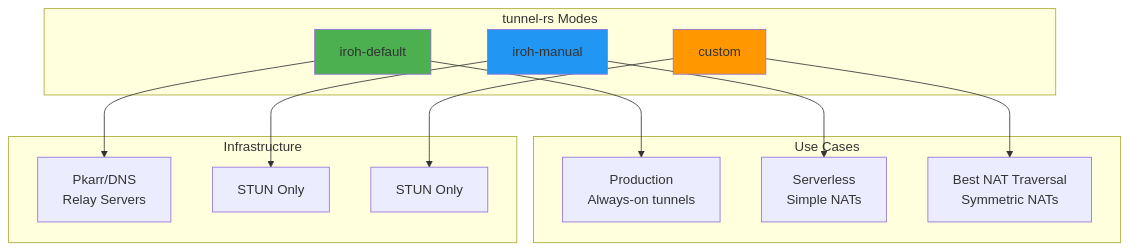
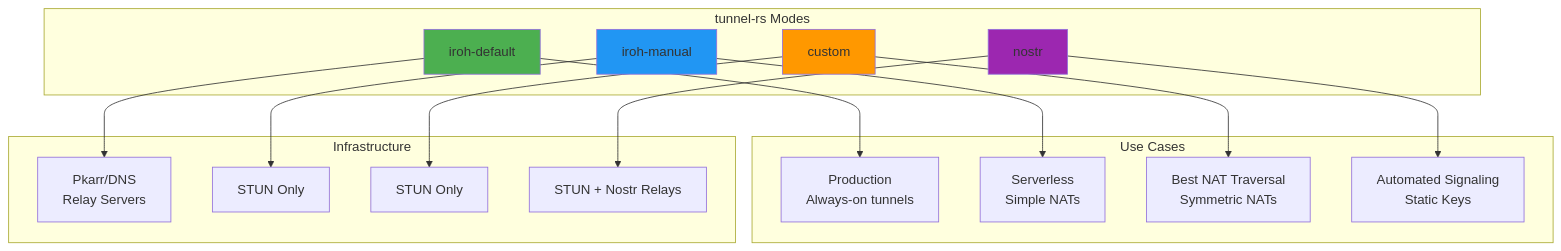
Before and after one commit to andrewtheguy/vpn-rs: the first of 38 diagrams in docs/ARCHITECTURE.md, drawn with Mermaid. The commit also changed other lines of this file and 2 other files, not shown here.

````diff
--- a/docs/ARCHITECTURE.md
+++ b/docs/ARCHITECTURE.md
@@ -22,32 +24,38 @@
 ```mermaid
 graph TB
     subgraph "tunnel-rs Modes"
         A[iroh-default]
         B[iroh-manual]
         C[custom]
+        D2[nostr]
     end
-    
+
     subgraph "Use Cases"
         D[Production<br/>Always-on tunnels]
         E[Serverless<br/>Simple NATs]
         F[Best NAT Traversal<br/>Symmetric NATs]
+        F2[Automated Signaling<br/>Static Keys]
     end
-    
+
     subgraph "Infrastructure"
         G[Pkarr/DNS<br/>Relay Servers]
         H[STUN Only]
         I[STUN Only]
+        I2[STUN + Nostr Relays]
     end
-    
+
     A --> D
     B --> E
     C --> F
-    
+    D2 --> F2
+
     A --> G
     B --> H
     C --> I
-    
+    D2 --> I2
+
     style A fill:#4CAF50
     style B fill:#2196F3
     style C fill:#FF9800
+    style D2 fill:#9C27B0
 ```
````
